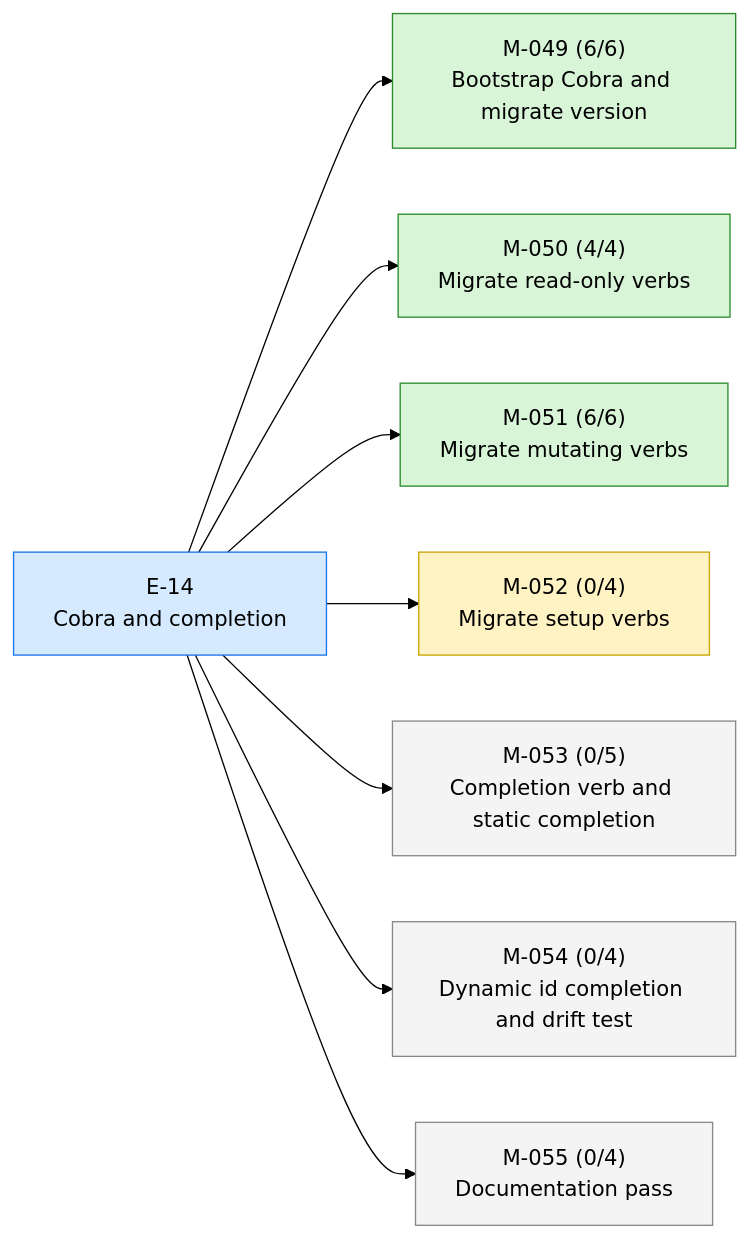
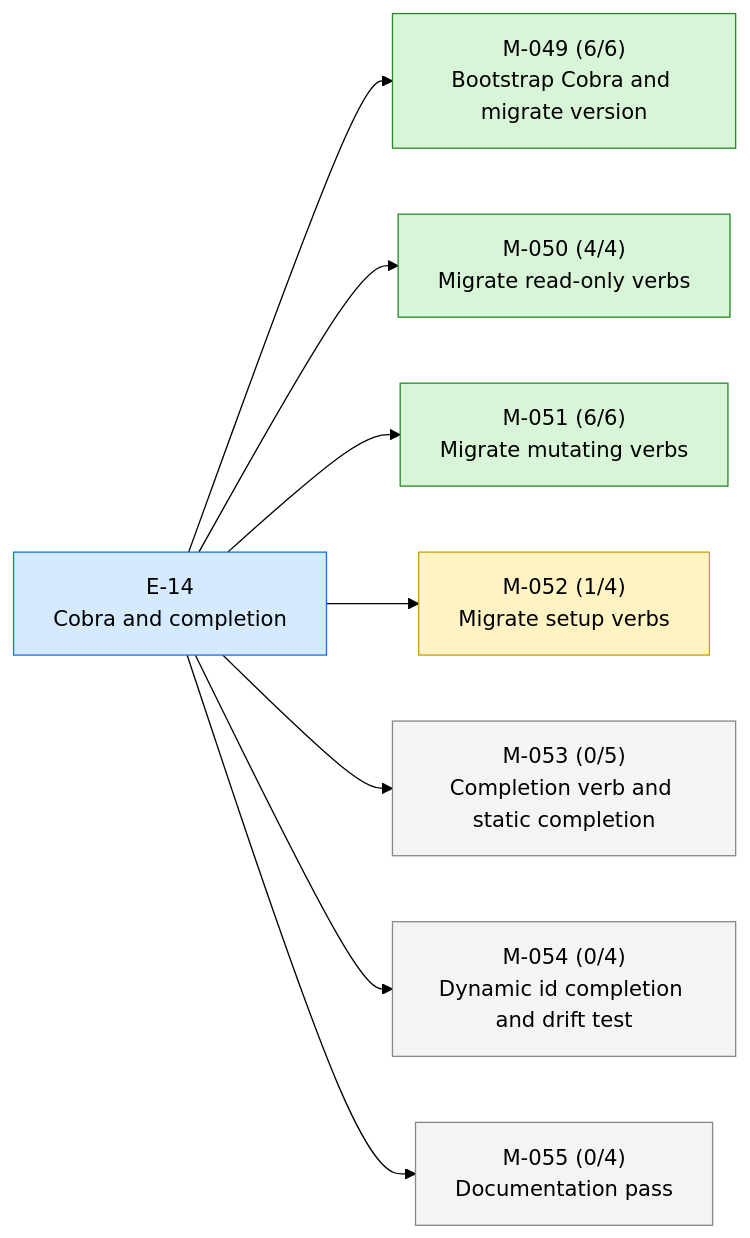
One commit to 23min/aiwf changed the first of 2 diagrams in STATUS.md. Above: the diagram before and after it, drawn with Mermaid (forest theme). The commit also changed other lines of this file and 1 other file, not shown here.

Commit message:
aiwf promote M-052/AC-1 open -> met
aiwf-verb: promote
aiwf-entity: M-052/AC-1
aiwf-actor: human/peter
aiwf-to: met

````diff
--- a/STATUS.md
+++ b/STATUS.md
@@ -17,24 +17,24 @@
 ```mermaid
 flowchart LR
   E_14["E-14<br/>Cobra and completion"]:::epic_active
   M_049["M-049 (6/6)<br/>Bootstrap Cobra and migrate version"]:::ms_done
   E_14 --> M_049
   M_050["M-050 (4/4)<br/>Migrate read-only verbs"]:::ms_done
   E_14 --> M_050
   M_051["M-051 (6/6)<br/>Migrate mutating verbs"]:::ms_done
   E_14 --> M_051
-  M_052["M-052 (0/4)<br/>Migrate setup verbs"]:::ms_in_progress
+  M_052["M-052 (1/4)<br/>Migrate setup verbs"]:::ms_in_progress
   E_14 --> M_052
   M_053["M-053 (0/5)<br/>Completion verb and static completion"]:::ms_draft
   E_14 --> M_053
   M_054["M-054 (0/4)<br/>Dynamic id completion and drift test"]:::ms_draft
   E_14 --> M_054
   M_055["M-055 (0/4)<br/>Documentation pass"]:::ms_draft
   E_14 --> M_055
   classDef epic_active fill:#d6eaff,stroke:#1a73e8,color:#000
   classDef epic_proposed fill:#f4f4f4,stroke:#888,color:#000
   classDef ms_done fill:#d8f5d8,stroke:#2a8a2a,color:#000
   classDef ms_in_progress fill:#fff3c4,stroke:#caa400,color:#000
   classDef ms_draft fill:#f4f4f4,stroke:#888,color:#000
   classDef ms_cancelled fill:#fbeaea,stroke:#c33,color:#000
 ```
````
